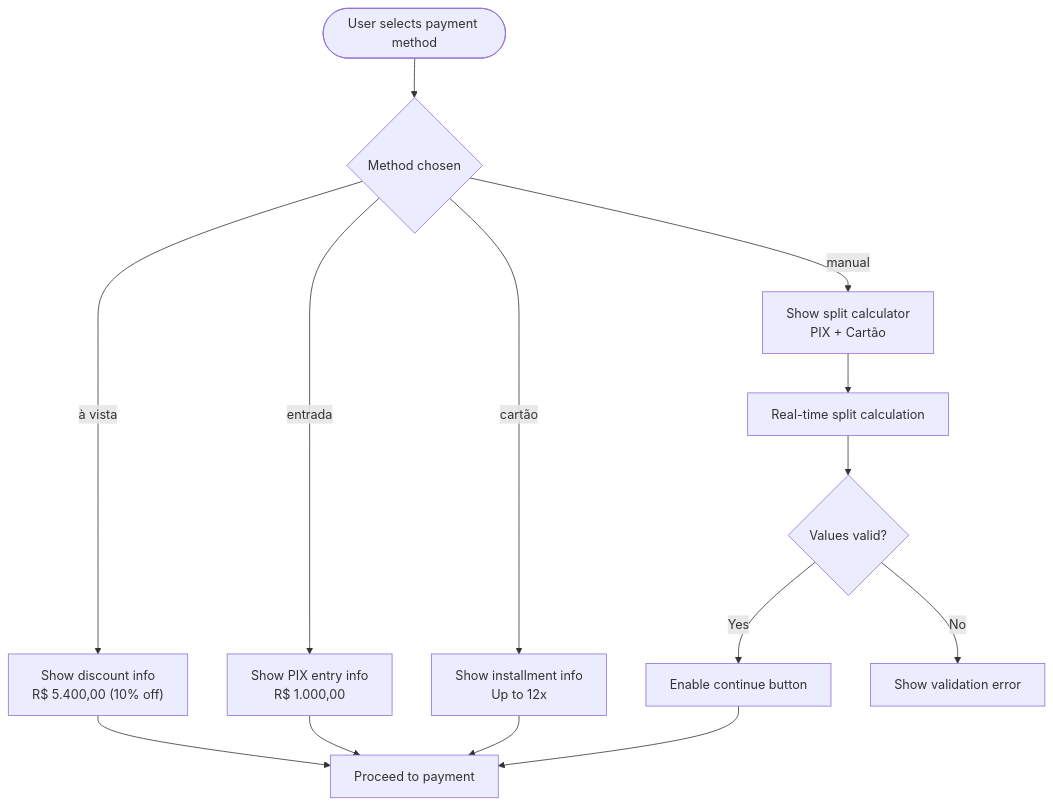
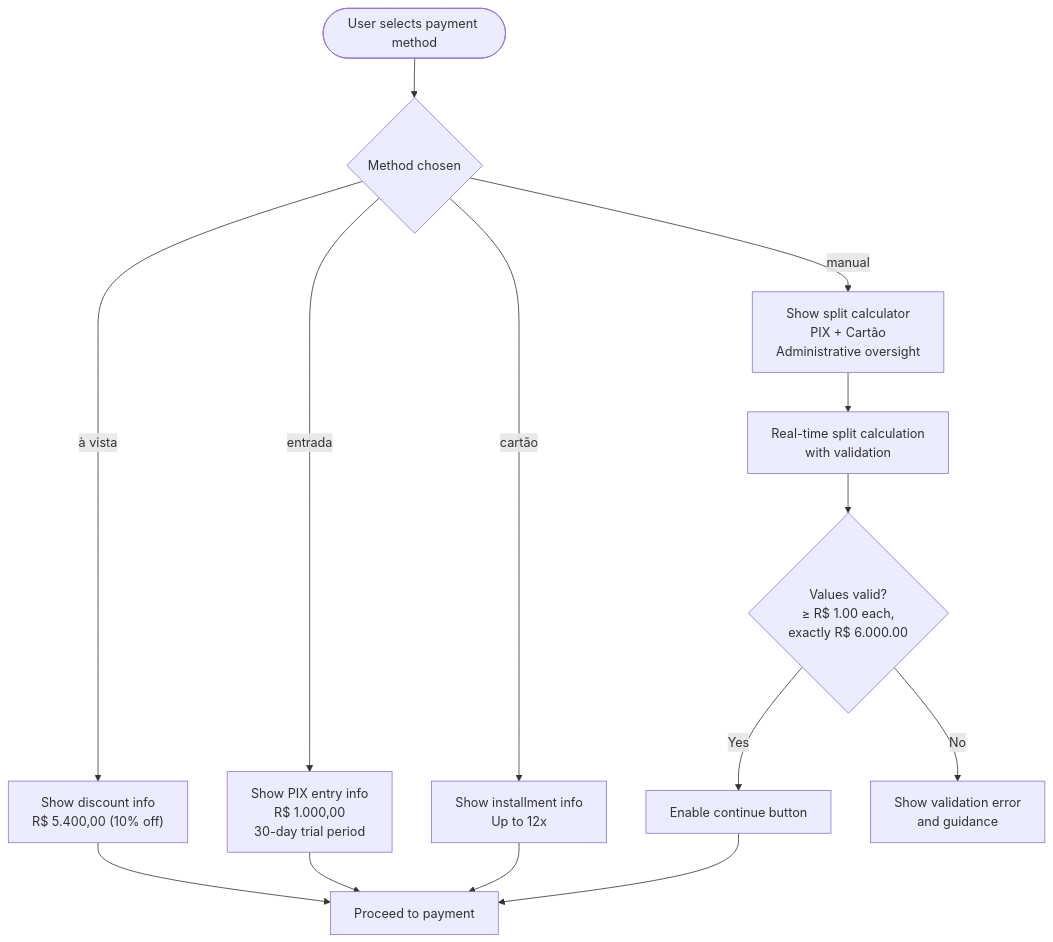
The third of 8 diagrams in .qoder/repowiki/en/content/Frontend Components/Checkout Interface (checkout.html).md (Alexandrexicara/qretiquetas.com), drawn with Mermaid before and after one commit. The commit also changed other lines of this file and 6 other files, not shown here.

````diff
--- a/.qoder/repowiki/en/content/Frontend Components/Checkout Interface (checkout.html).md
+++ b/.qoder/repowiki/en/content/Frontend Components/Checkout Interface (checkout.html).md
@@ -134,16 +147,16 @@
 ```mermaid
 flowchart TD
 Start(["User selects payment method"]) --> Method{"Method chosen"}
 Method --> |à vista| Avista["Show discount info<br/>R$ 5.400,00 (10% off)"]
-Method --> |entrada| Entrada["Show PIX entry info<br/>R$ 1.000,00"]
+Method --> |entrada| Entrada["Show PIX entry info<br/>R$ 1.000,00<br/>30-day trial period"]
 Method --> |cartão| Cartao["Show installment info<br/>Up to 12x"]
-Method --> |manual| Manual["Show split calculator<br/>PIX + Cartão"]
-Manual --> SplitCalc["Real-time split calculation"]
-SplitCalc --> Validate{"Values valid?"}
+Method --> |manual| Manual["Show split calculator<br/>PIX + Cartão<br/>Administrative oversight"]
+Manual --> SplitCalc["Real-time split calculation<br/>with validation"]
+SplitCalc --> Validate{"Values valid?<br/>≥ R$ 1.00 each,<br/>exactly R$ 6.000.00"}
 Validate --> |Yes| Ready["Enable continue button"]
-Validate --> |No| Error["Show validation error"]
+Validate --> |No| Error["Show validation error<br/>and guidance"]
 Avista --> Continue["Proceed to payment"]
 Entrada --> Continue
 Cartao --> Continue
 Ready --> Continue
 ```
````
